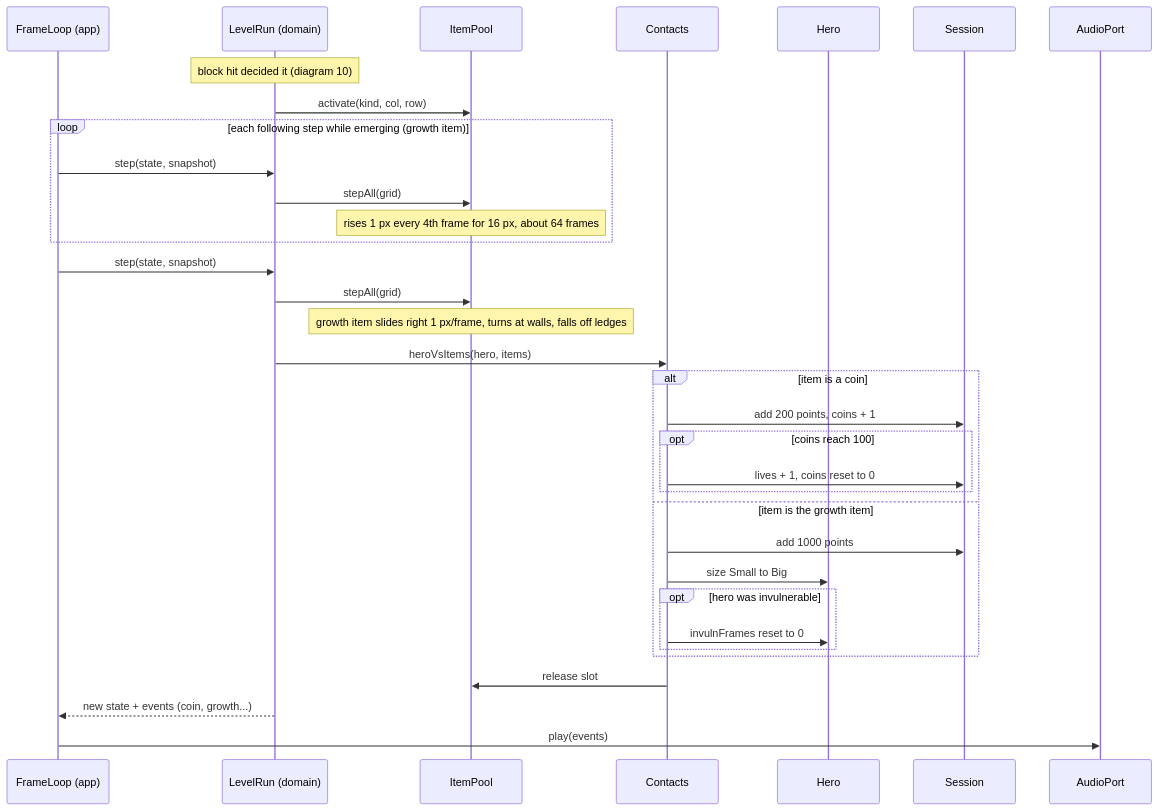
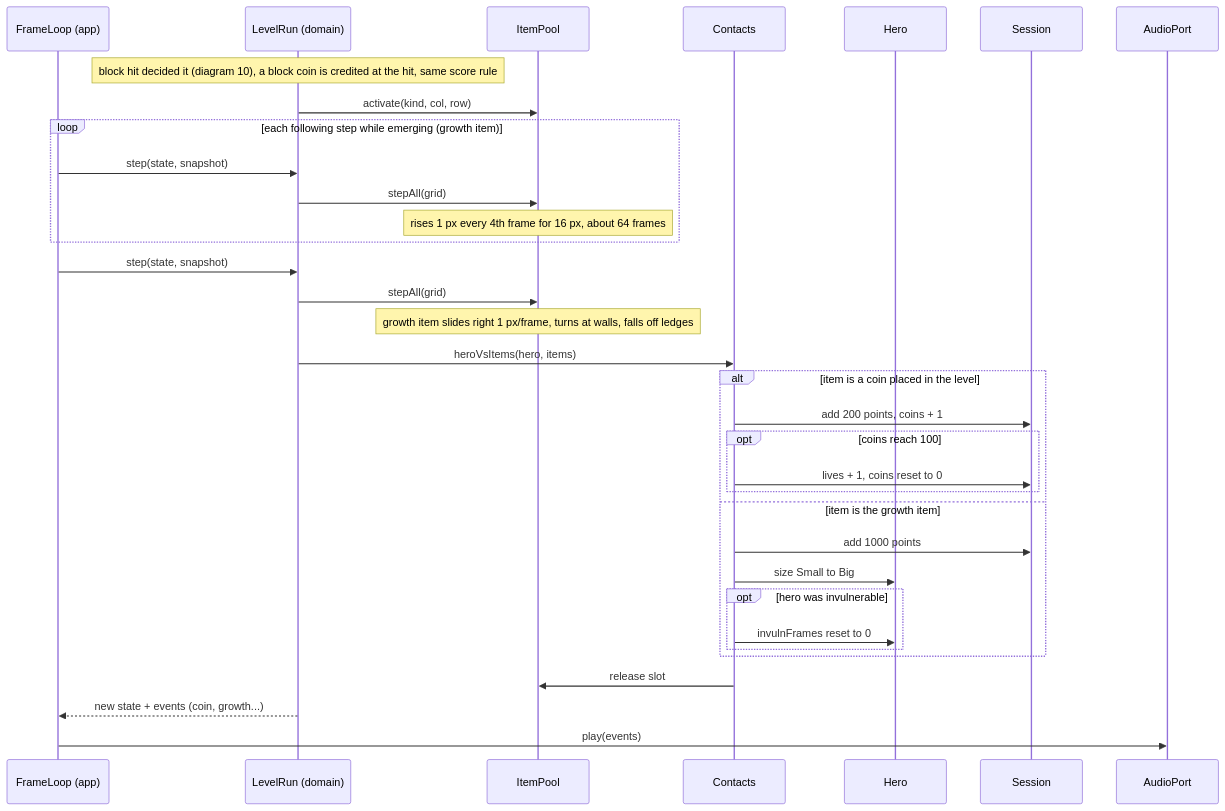
The diagram in docs/architecture/diagrams/gameplay/11-sequence-item-pickup.md (benoit-bremaud/retro-plumber), drawn with Mermaid before and after one commit. The commit also changed other lines of this file and 6 other files, not shown here.

Commit message:
docs(uml): apply review-local findings for brick 5 (#7)

````diff
--- a/docs/architecture/diagrams/gameplay/11-sequence-item-pickup.md
+++ b/docs/architecture/diagrams/gameplay/11-sequence-item-pickup.md
@@ -13,36 +13,36 @@
 ```mermaid
 sequenceDiagram
     participant FL as FrameLoop (app)
     participant LR as LevelRun (domain)
     participant IP as ItemPool
     participant Ct as Contacts
     participant H as Hero
     participant Sess as Session
     participant Snd as AudioPort
-    Note over LR: block hit decided it (diagram 10)
+    Note over LR: block hit decided it (diagram 10), a block coin is credited at the hit, same score rule
     LR->>IP: activate(kind, col, row)
     loop each following step while emerging (growth item)
         FL->>LR: step(state, snapshot)
         LR->>IP: stepAll(grid)
         Note over IP: rises 1 px every 4th frame for 16 px, about 64 frames
     end
     FL->>LR: step(state, snapshot)
     LR->>IP: stepAll(grid)
     Note over IP: growth item slides right 1 px/frame, turns at walls, falls off ledges
     LR->>Ct: heroVsItems(hero, items)
-    alt item is a coin
+    alt item is a coin placed in the level
         Ct->>Sess: add 200 points, coins + 1
         opt coins reach 100
             Ct->>Sess: lives + 1, coins reset to 0
         end
     else item is the growth item
         Ct->>Sess: add 1000 points
         Ct->>H: size Small to Big
         opt hero was invulnerable
             Ct->>H: invulnFrames reset to 0
         end
     end
     Ct->>IP: release slot
     LR-->>FL: new state + events (coin, growth...)
     FL->>Snd: play(events)
 ```
````
